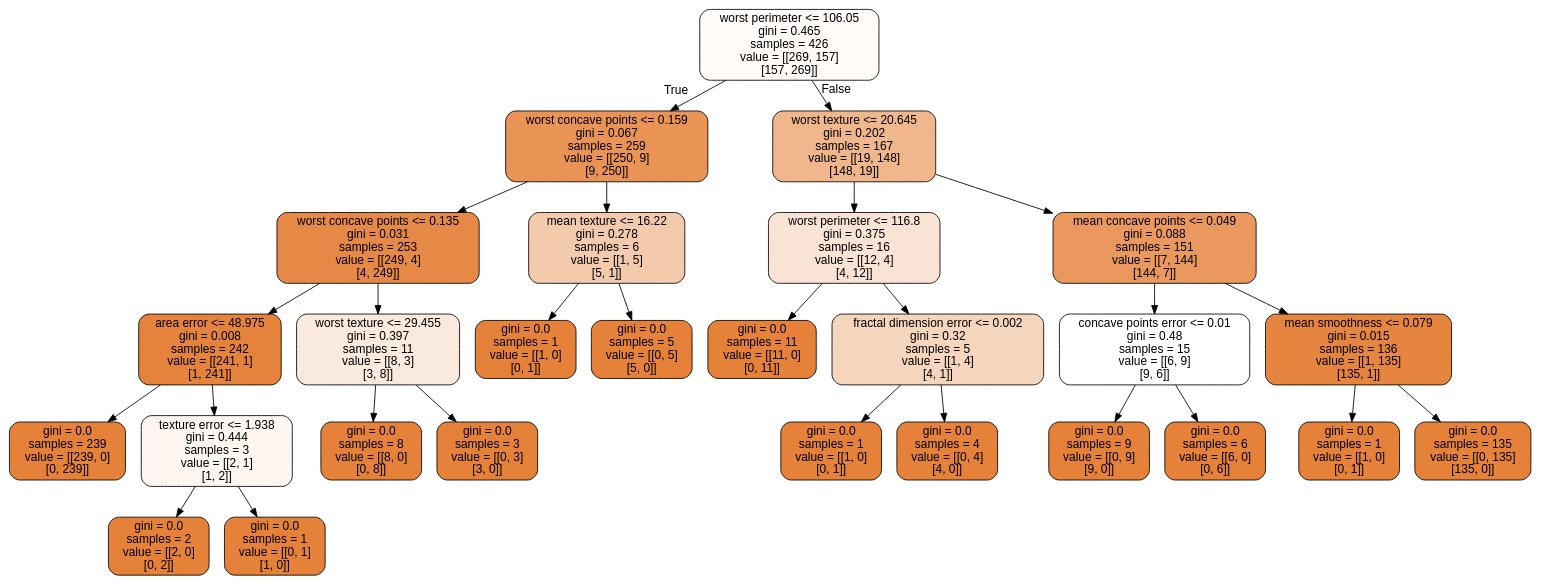
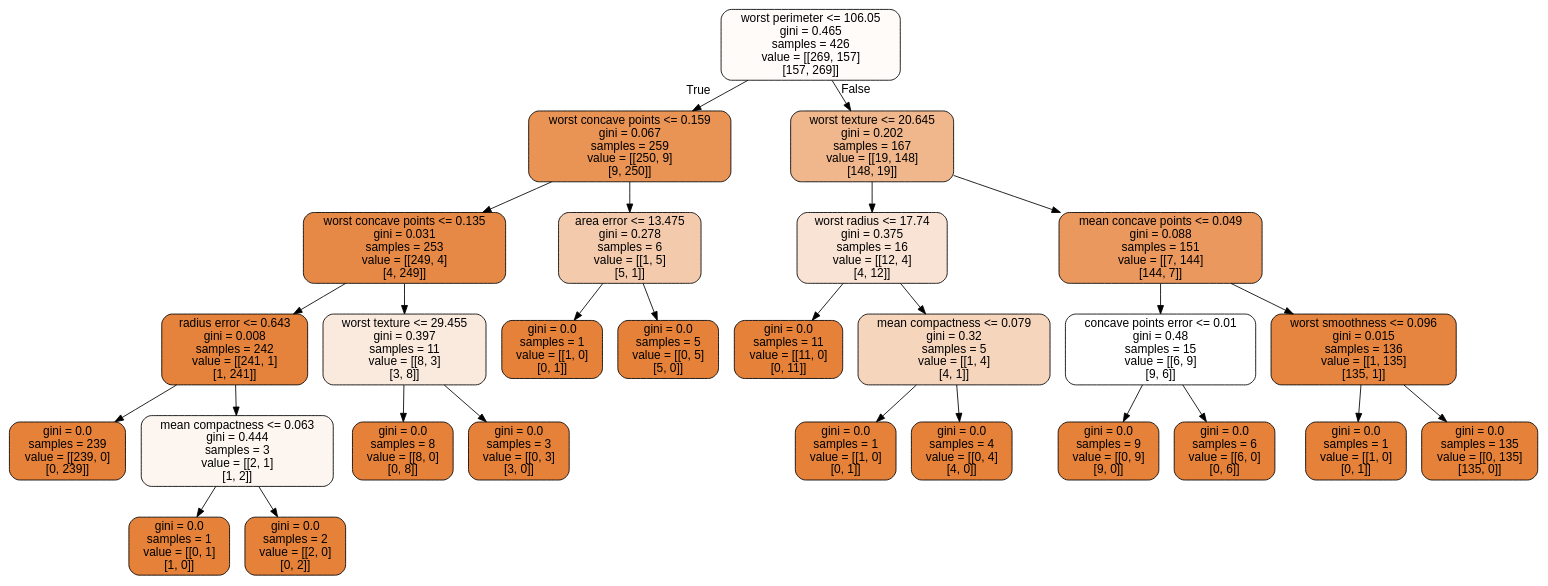
One commit to CompPhysics/MachineLearning changed the diagram in doc/LectureNotes/DataFiles/cancer.dot. Above: the diagram before and after it, drawn with Graphviz. The commit also changed 142 other files, not shown here.

```diff
--- a/doc/LectureNotes/DataFiles/cancer.dot
+++ b/doc/LectureNotes/DataFiles/cancer.dot
@@ -1,57 +1,57 @@
 digraph Tree {
 node [shape=box, style="filled, rounded", color="black", fontname="helvetica"] ;
 edge [fontname="helvetica"] ;
 0 [label="worst perimeter <= 106.05\ngini = 0.465\nsamples = 426\nvalue = [[269, 157]\n[157, 269]]", fillcolor="#fefbf9"] ;
 1 [label="worst concave points <= 0.159\ngini = 0.067\nsamples = 259\nvalue = [[250, 9]\n[9, 250]]", fillcolor="#e99355"] ;
 0 -> 1 [labeldistance=2.5, labelangle=45, headlabel="True"] ;
 2 [label="worst concave points <= 0.135\ngini = 0.031\nsamples = 253\nvalue = [[249, 4]\n[4, 249]]", fillcolor="#e78946"] ;
 1 -> 2 ;
-3 [label="area error <= 48.975\ngini = 0.008\nsamples = 242\nvalue = [[241, 1]\n[1, 241]]", fillcolor="#e5833c"] ;
+3 [label="radius error <= 0.643\ngini = 0.008\nsamples = 242\nvalue = [[241, 1]\n[1, 241]]", fillcolor="#e5833c"] ;
 2 -> 3 ;
 4 [label="gini = 0.0\nsamples = 239\nvalue = [[239, 0]\n[0, 239]]", fillcolor="#e58139"] ;
 3 -> 4 ;
-5 [label="texture error <= 1.938\ngini = 0.444\nsamples = 3\nvalue = [[2, 1]\n[1, 2]]", fillcolor="#fdf6f0"] ;
+5 [label="mean compactness <= 0.063\ngini = 0.444\nsamples = 3\nvalue = [[2, 1]\n[1, 2]]", fillcolor="#fdf6f0"] ;
 3 -> 5 ;
-6 [label="gini = 0.0\nsamples = 2\nvalue = [[2, 0]\n[0, 2]]", fillcolor="#e58139"] ;
+6 [label="gini = 0.0\nsamples = 1\nvalue = [[0, 1]\n[1, 0]]", fillcolor="#e58139"] ;
 5 -> 6 ;
-7 [label="gini = 0.0\nsamples = 1\nvalue = [[0, 1]\n[1, 0]]", fillcolor="#e58139"] ;
+7 [label="gini = 0.0\nsamples = 2\nvalue = [[2, 0]\n[0, 2]]", fillcolor="#e58139"] ;
 5 -> 7 ;
 8 [label="worst texture <= 29.455\ngini = 0.397\nsamples = 11\nvalue = [[8, 3]\n[3, 8]]", fillcolor="#fae9dd"] ;
 2 -> 8 ;
 9 [label="gini = 0.0\nsamples = 8\nvalue = [[8, 0]\n[0, 8]]", fillcolor="#e58139"] ;
 8 -> 9 ;
 10 [label="gini = 0.0\nsamples = 3\nvalue = [[0, 3]\n[3, 0]]", fillcolor="#e58139"] ;
 8 -> 10 ;
-11 [label="mean texture <= 16.22\ngini = 0.278\nsamples = 6\nvalue = [[1, 5]\n[5, 1]]", fillcolor="#f4caac"] ;
+11 [label="area error <= 13.475\ngini = 0.278\nsamples = 6\nvalue = [[1, 5]\n[5, 1]]", fillcolor="#f4caac"] ;
 1 -> 11 ;
 12 [label="gini = 0.0\nsamples = 1\nvalue = [[1, 0]\n[0, 1]]", fillcolor="#e58139"] ;
 11 -> 12 ;
 13 [label="gini = 0.0\nsamples = 5\nvalue = [[0, 5]\n[5, 0]]", fillcolor="#e58139"] ;
 11 -> 13 ;
 14 [label="worst texture <= 20.645\ngini = 0.202\nsamples = 167\nvalue = [[19, 148]\n[148, 19]]", fillcolor="#f0b68c"] ;
 0 -> 14 [labeldistance=2.5, labelangle=-45, headlabel="False"] ;
-15 [label="worst perimeter <= 116.8\ngini = 0.375\nsamples = 16\nvalue = [[12, 4]\n[4, 12]]", fillcolor="#f9e3d4"] ;
+15 [label="worst radius <= 17.74\ngini = 0.375\nsamples = 16\nvalue = [[12, 4]\n[4, 12]]", fillcolor="#f9e3d4"] ;
 14 -> 15 ;
 16 [label="gini = 0.0\nsamples = 11\nvalue = [[11, 0]\n[0, 11]]", fillcolor="#e58139"] ;
 15 -> 16 ;
-17 [label="fractal dimension error <= 0.002\ngini = 0.32\nsamples = 5\nvalue = [[1, 4]\n[4, 1]]", fillcolor="#f6d5bd"] ;
+17 [label="mean compactness <= 0.079\ngini = 0.32\nsamples = 5\nvalue = [[1, 4]\n[4, 1]]", fillcolor="#f6d5bd"] ;
 15 -> 17 ;
 18 [label="gini = 0.0\nsamples = 1\nvalue = [[1, 0]\n[0, 1]]", fillcolor="#e58139"] ;
 17 -> 18 ;
 19 [label="gini = 0.0\nsamples = 4\nvalue = [[0, 4]\n[4, 0]]", fillcolor="#e58139"] ;
 17 -> 19 ;
 20 [label="mean concave points <= 0.049\ngini = 0.088\nsamples = 151\nvalue = [[7, 144]\n[144, 7]]", fillcolor="#ea985d"] ;
 14 -> 20 ;
 21 [label="concave points error <= 0.01\ngini = 0.48\nsamples = 15\nvalue = [[6, 9]\n[9, 6]]", fillcolor="#ffffff"] ;
 20 -> 21 ;
 22 [label="gini = 0.0\nsamples = 9\nvalue = [[0, 9]\n[9, 0]]", fillcolor="#e58139"] ;
 21 -> 22 ;
 23 [label="gini = 0.0\nsamples = 6\nvalue = [[6, 0]\n[0, 6]]", fillcolor="#e58139"] ;
 21 -> 23 ;
-24 [label="mean smoothness <= 0.079\ngini = 0.015\nsamples = 136\nvalue = [[1, 135]\n[135, 1]]", fillcolor="#e6853f"] ;
+24 [label="worst smoothness <= 0.096\ngini = 0.015\nsamples = 136\nvalue = [[1, 135]\n[135, 1]]", fillcolor="#e6853f"] ;
 20 -> 24 ;
 25 [label="gini = 0.0\nsamples = 1\nvalue = [[1, 0]\n[0, 1]]", fillcolor="#e58139"] ;
 24 -> 25 ;
 26 [label="gini = 0.0\nsamples = 135\nvalue = [[0, 135]\n[135, 0]]", fillcolor="#e58139"] ;
 24 -> 26 ;
 }
```
